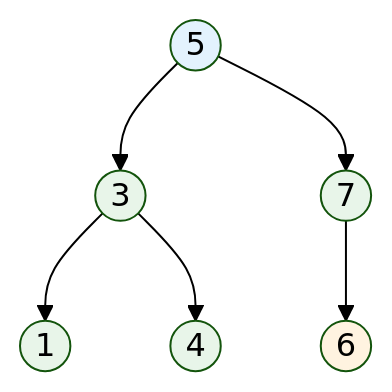
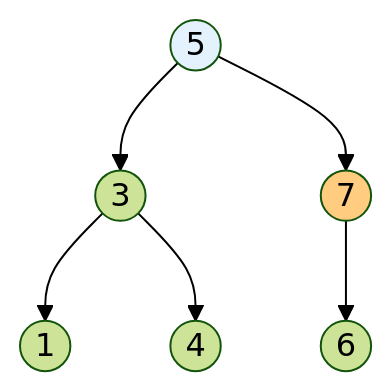
Before and after one commit to hemy08/hemynotes: diagram 26 of 31 in docs/030-数据结构与算法/200-树结构/002-二叉搜索树.md, drawn with Mermaid (forest theme). The commit also changed other lines of this file and 91 other files, not shown here.

````diff
--- a/docs/030-数据结构与算法/200-树结构/002-二叉搜索树.md
+++ b/docs/030-数据结构与算法/200-树结构/002-二叉搜索树.md
@@ -576,15 +564,11 @@
 ```mermaid
 graph TB
-    A((5)) --> B((3))
-    A --> C((7))
-    B --> D((1))
-    B --> E((4))
-    C --> F((6))
+    5((5)) --> 3((3))
+    5 --> 7((7))
+    3 --> 1((1))
+    3 --> 4((4))
+    7 --> 6((6))
     
-    style A fill:#E3F2FD
-    style B fill:#E8F5E9
-    style C fill:#E8F5E9
-    style D fill:#E8F5E9
-    style E fill:#E8F5E9
-    style F fill:#FFF3E0
+    style 5 fill:#E3F2FD
+    style 7 fill:#FFCC80
 ```
````
